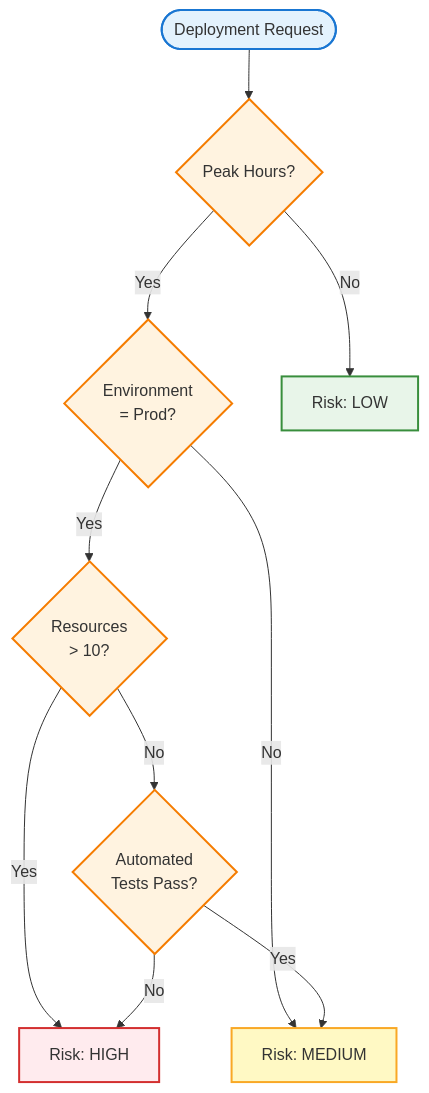
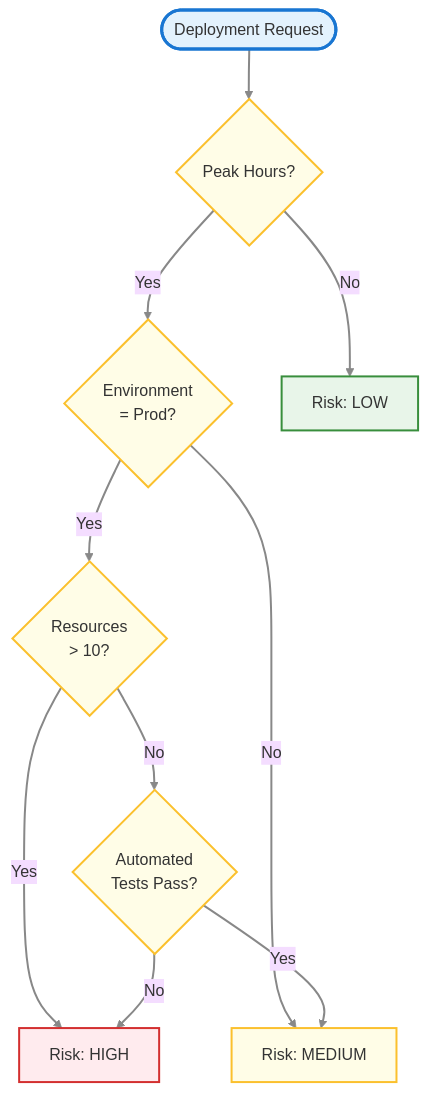
The second of 6 diagrams in _posts/series/journey-automation-to-ai/2026-01-21-series-3-chapter-3-1-common-ml-algorithms.md (ravijoshi1810/codifyme), drawn with Mermaid before and after one commit. The commit also changed other lines of this file and 25 other files, not shown here.

````diff
--- a/_posts/series/journey-automation-to-ai/2026-01-21-series-3-chapter-3-1-common-ml-algorithms.md
+++ b/_posts/series/journey-automation-to-ai/2026-01-21-series-3-chapter-3-1-common-ml-algorithms.md
@@ -142,31 +153,34 @@
 ```mermaid
+%%{init: {"theme": "base"} }%%
 flowchart TD
+linkStyle default stroke:#888,stroke-width:2px;
     Start([Deployment Request])
     Q1{Peak Hours?}
     Q2{Environment<br/>= Prod?}
     Q3{Resources<br/>> 10?}
     Q4{Automated<br/>Tests Pass?}
-    
     R1[Risk: LOW]
     R2[Risk: MEDIUM]
     R3[Risk: HIGH]
-    
     Start --> Q1
     Q1 -->|Yes| Q2
     Q1 -->|No| R1
     Q2 -->|Yes| Q3
     Q2 -->|No| R2
     Q3 -->|Yes| R3
     Q3 -->|No| Q4
     Q4 -->|Yes| R2
+
     Q4 -->|No| R3
-    
-    style Start fill:#e3f2fd,stroke:#1976d2,stroke-width:2px
-    style Q1 fill:#fff3e0,stroke:#f57c00,stroke-width:2px
-    style Q2 fill:#fff3e0,stroke:#f57c00,stroke-width:2px
-    style Q3 fill:#fff3e0,stroke:#f57c00,stroke-width:2px
-    style Q4 fill:#fff3e0,stroke:#f57c00,stroke-width:2px
-    style R1 fill:#e8f5e9,stroke:#388e3c,stroke-width:2px
-    style R2 fill:#fff9c4,stroke:#f9a825,stroke-width:2px
-    style R3 fill:#ffebee,stroke:#d32f2f,stroke-width:2px
+
+    classDef start fill:#e3f2fd,stroke:#1976d2,stroke-width:3px;
+    classDef question fill:#fffde7,stroke:#fbc02d,stroke-width:2px;
+    classDef risklow fill:#e8f5e9,stroke:#388e3c,stroke-width:2px;
+    classDef riskmed fill:#fffde7,stroke:#fbc02d,stroke-width:2px;
+    classDef riskhigh fill:#ffebee,stroke:#d32f2f,stroke-width:2px;
+    class Start start;
+    class Q1,Q2,Q3,Q4 question;
+    class R1 risklow;
+    class R2 riskmed;
+    class R3 riskhigh;
 ```
````
